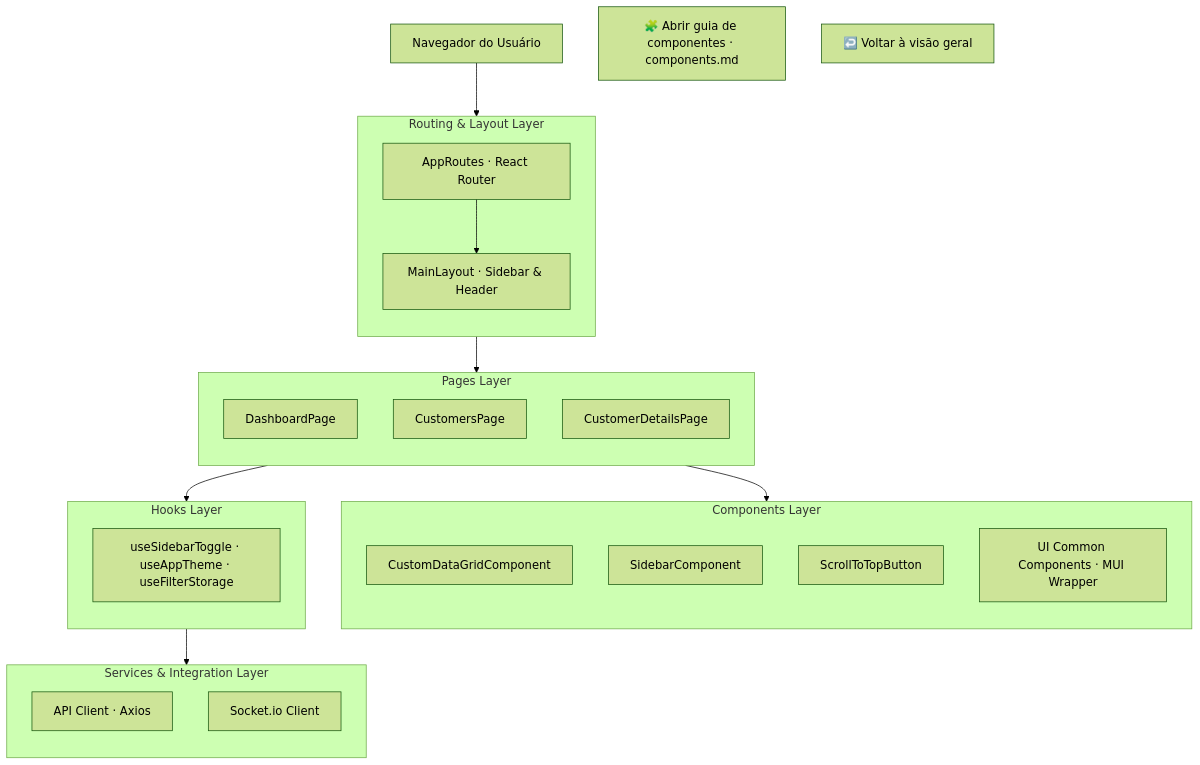
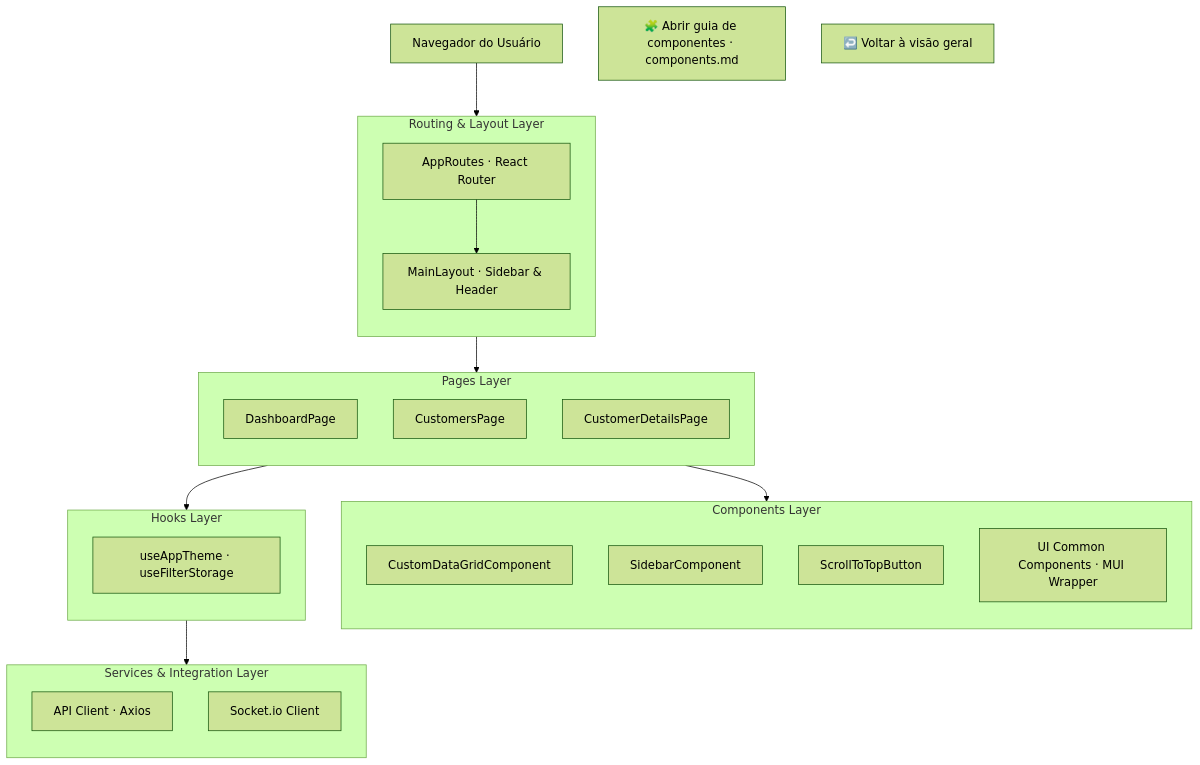
The diagram in docs/architecture.md (DiegoSantos18/NATIVE.CustomerManagement.UI), drawn with Mermaid (forest theme) before and after one commit. The commit also changed 4 other files, not shown here.

````diff
--- a/docs/architecture.md
+++ b/docs/architecture.md
@@ -11,48 +11,48 @@
 ```mermaid
 flowchart TB
     Client["Navegador do Usuário"] --> Routes
 
     subgraph Presentation["Routing & Layout Layer"]
         direction TB
         Routes["AppRoutes · React Router"] --> MainLayout["MainLayout · Sidebar & Header"]
     end
 
     MainLayout --> Pages
 
     subgraph Pages["Pages Layer"]
         direction TB
         DashboardPage["DashboardPage"]
         CustomersPage["CustomersPage"]
         CustomerDetailsPage["CustomerDetailsPage"]
     end
 
     Pages --> Components
 
     subgraph Components["Components Layer"]
         direction TB
         DataGrid["CustomDataGridComponent"]
         Sidebar["SidebarComponent"]
         ScrollToTop["ScrollToTopButton"]
         Common["UI Common Components · MUI Wrapper"]
     end
 
     Pages --> Hooks
 
     subgraph Hooks["Hooks Layer"]
         direction TB
-        CustomHooks["useSidebarToggle · useAppTheme · useFilterStorage"]
+        CustomHooks["useAppTheme · useFilterStorage"]
     end
 
     Hooks --> Services
 
     subgraph Services["Services & Integration Layer"]
         direction TB
         ApiClient["API Client · Axios"]
         WebSocket["Socket.io Client"]
     end
 
     ComponentsDoc["🧩 Abrir guia de componentes · components.md"]
     Overview["↩️ Voltar à visão geral"]
     click ComponentsDoc "./components.md#componentes-principais" "Abrir guia de componentes"
     click Overview "../README.md" "Voltar ao README"
 ```
````
